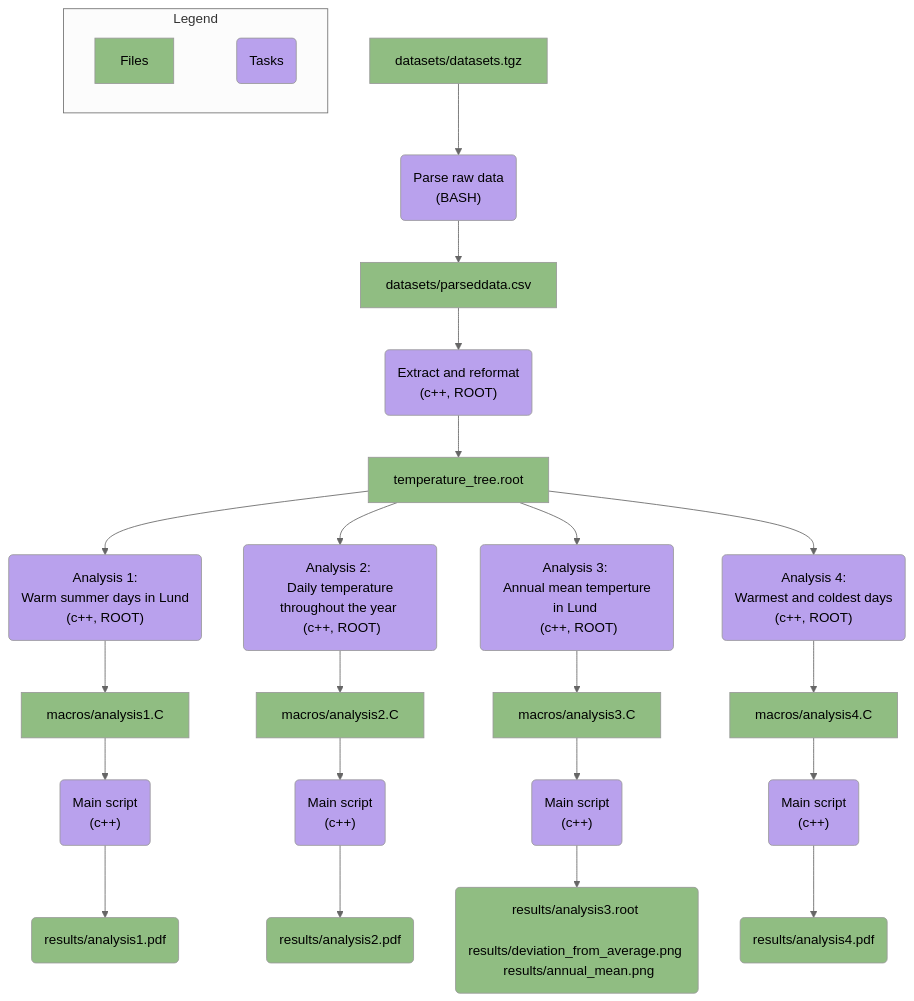
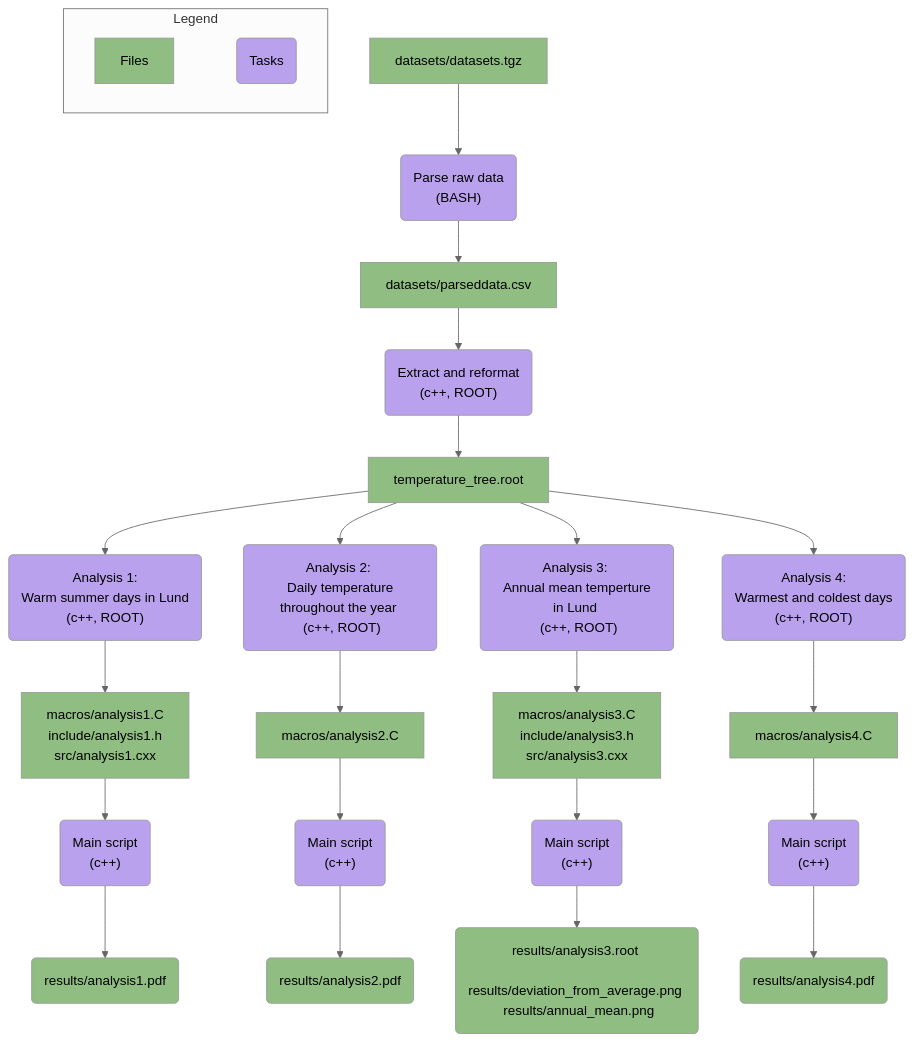
The diagram in Workplan.md (jo6312jo-s-byte/MNXB11-Project), drawn with Mermaid before and after one commit.

````diff
--- a/Workplan.md
+++ b/Workplan.md
@@ -9,49 +9,49 @@
 ```mermaid
 %%{init: { 'theme':'neutral', 'fontSize': '11px'} }%%
 flowchart TD
     %% This will be the same for all analyses
     A["datasets/datasets.tgz"] --> B("Parse raw data <br> (BASH)")
     B --> C["datasets/parseddata.csv"]
     C --> D("Extract and reformat <br> (c++, ROOT)")
     D --> E["temperature_tree.root"]
 
     %% The seperate analyses
     E --> G("Analysis 1: <br> Warm summer days in Lund <br> (c++, ROOT)")
     E --> H("Analysis 2: <br> Daily temperature throughout the year <br> (c++, ROOT)")
     E --> I("Analysis 3: <br> Annual mean temperture in Lund <br> (c++, ROOT)")
     E --> J("Analysis 4: <br> Warmest and coldest days <br> (c++, ROOT)")
 
     %% Analysis 1 workflow
-    G --> G1["macros/analysis1.C"]
+    G --> G1["macros/analysis1.C <br> include/analysis1.h <br> src/analysis1.cxx"]
     G1 --> G2("Main script <br> (c++)")
     G2 --> G3("results/analysis1.pdf")
 
     %% Analysis 2 workflow
     H --> H1["macros/analysis2.C"]
     H1 --> H2("Main script <br> (c++)")
     H2 --> H3("results/analysis2.pdf")
 
     %% Analysis 3 workflow
-    I --> I1["macros/analysis3.C"]
+    I --> I1["macros/analysis3.C <br> include/analysis3.h <br> src/analysis3.cxx"]
     I1 --> I2("Main script <br> (c++)")
     I2 --> I3("results/analysis3.root <br> results/deviation_from_average.png <br> results/annual_mean.png")
 
     %% Analysis 4 workflow
     J --> J1["macros/analysis4.C"]
     J1 --> J2("Main script <br> (c++)")
     J2 --> J3("results/analysis4.pdf")
 
     %% Legend 
     subgraph Legend ["Legend"]
         direction LR
         L1["Files"] ~~~ L2("Tasks")
     end
 
     %% Seperate Files and Tasks into different classes
     %% with different colors
     classDef Files fill:#90bd82;
     classDef Tasks fill:#b9a1ed;
 
     class L1,A,C,E,G1,G3,H1,H3,I1,I3,J1,J3 Files;
     class L2,B,D,G,H,I,J,F,F2,G2,H2,I2,J2 Tasks;
 ```
````
